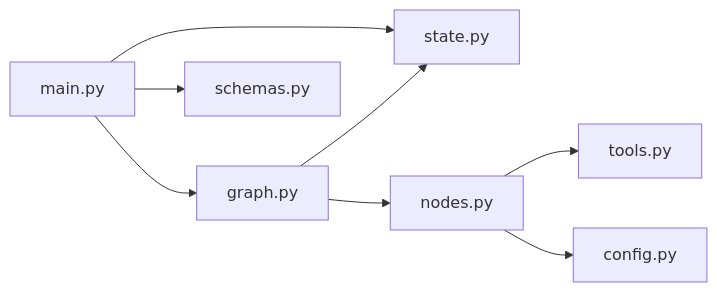
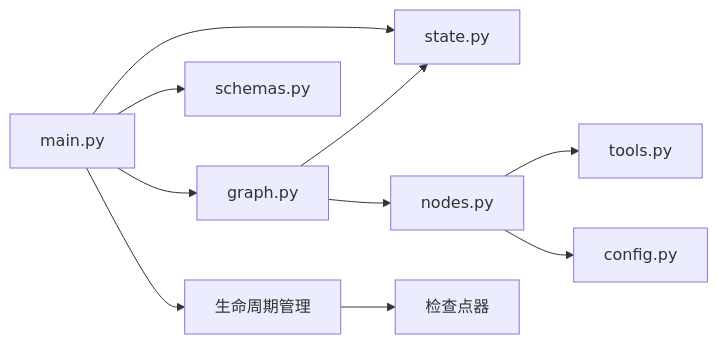
One commit to sundew26/agent-week3 changed the fifth of 5 diagrams in .qoder/repowiki/zh/content/后端服务/FastAPI 应用层.md. Above: the diagram before and after it, drawn with Mermaid. The commit also changed other lines of this file and 8 other files, not shown here.

````diff
--- a/.qoder/repowiki/zh/content/后端服务/FastAPI 应用层.md
+++ b/.qoder/repowiki/zh/content/后端服务/FastAPI 应用层.md
@@ -256,10 +278,12 @@
 ```mermaid
 graph LR
 Main["main.py"] --> Graph["graph.py"]
 Main --> Schemas["schemas.py"]
 Main --> State["state.py"]
 Graph --> Nodes["nodes.py"]
 Graph --> State
 Nodes --> Tools["tools.py"]
 Nodes --> Config["config.py"]
+Main --> Lifecycle["生命周期管理"]
+Lifecycle --> Checkpoint["检查点器"]
 ```
````
